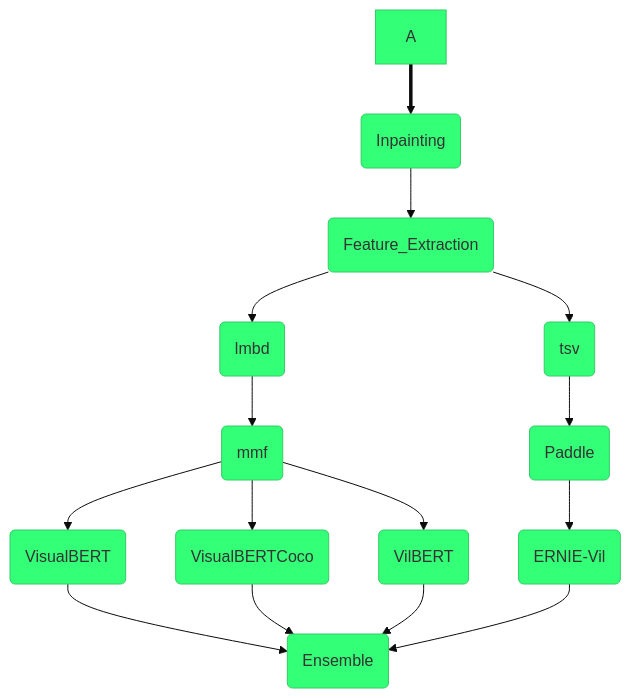
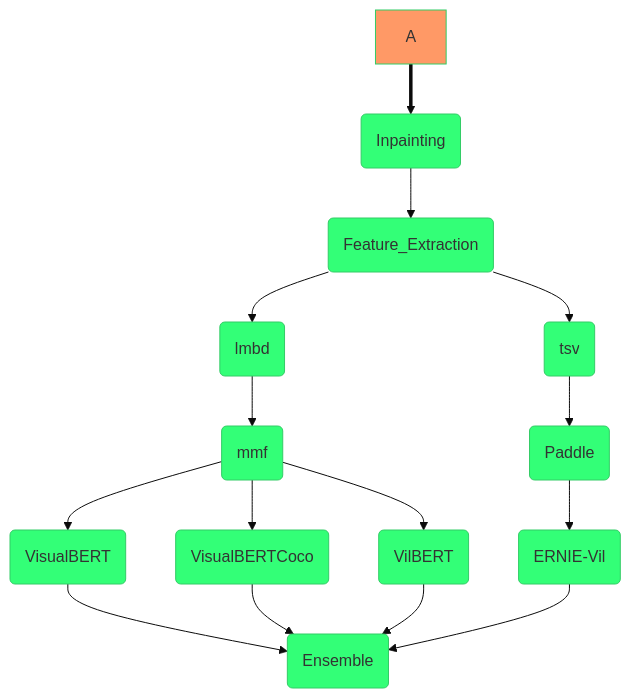
Before and after one commit to JanLeyva/approach_TFM: the diagram in README.md, drawn with Mermaid.

````diff
--- a/README.md
+++ b/README.md
@@ -8,21 +8,21 @@
 ```mermaid
 %%{init: {'theme': 'base', 'themeVariables': { 'primaryColor': '#33FF77', 
 'edgeLabelBackground':'#030600', 'secondaryColor': '#050600','tertiaryColor': '#33CAFF',
 'defaultLinkColor': '#000605'}}}%%
   graph TD;
       A:::Hateful_Memes_dataset==>B(Inpainting);
       B-->C(Feature_Extraction)
       C-->D(lmbd);
       C-->E(tsv);
       E-->F(Paddle);
       F-->G(ERNIE-Vil);
       D-->H(mmf);
       H-->I(VisualBERT);
       H-->J(VisualBERTCoco);
       H-->K(VilBERT);
       I-->L(Ensemble);
       J-->L;
       K-->L;
       G-->L;
-      classDef someclass fill:#f96;
+      classDef Hateful_Memes_dataset fill:#f96;
 ```
````
